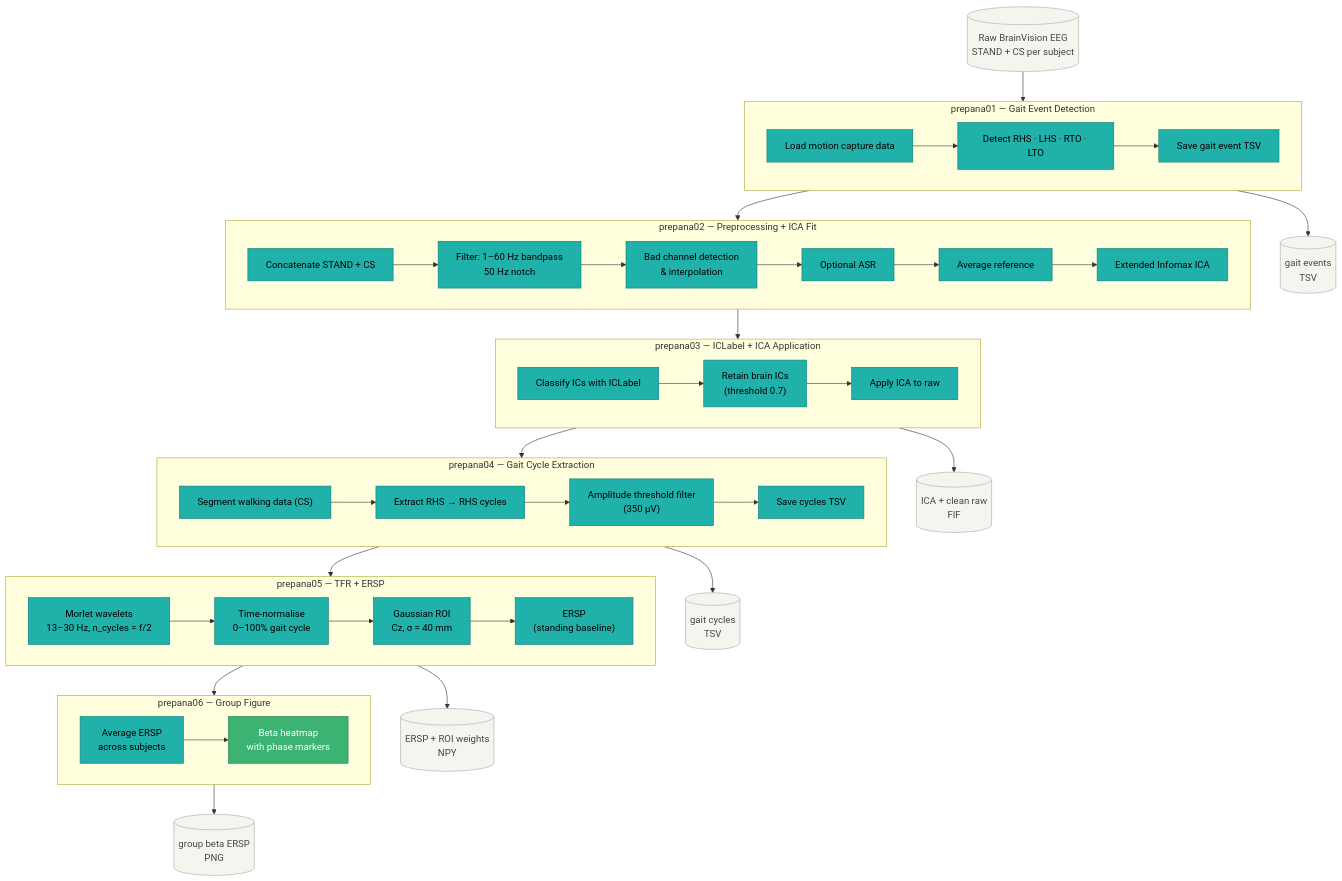
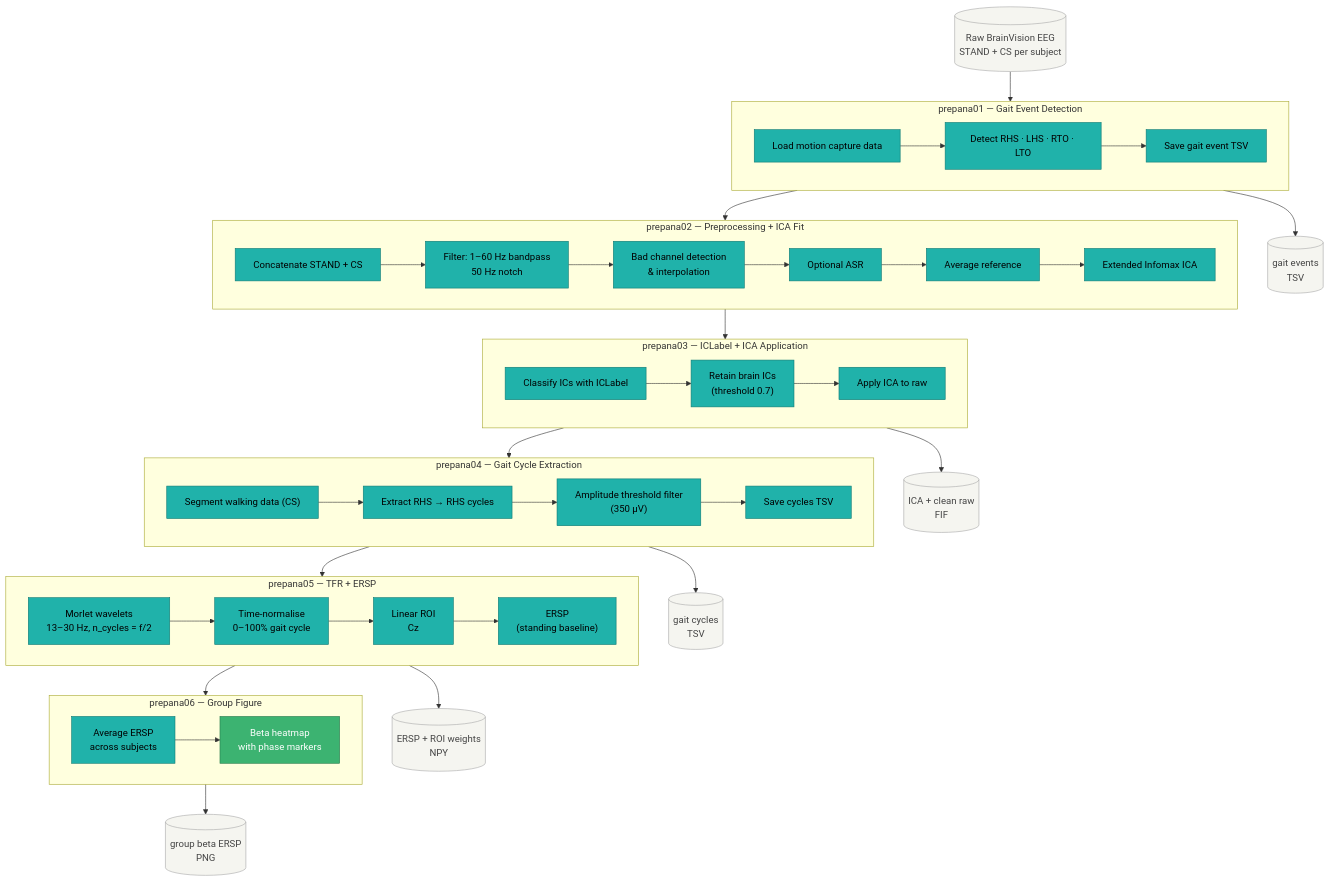
Before and after one commit to vaishvd/betaGaitMultiverse: the first of 2 diagrams in readme.md, drawn with Mermaid.

Commit message:
Change Gaussian ROI to Linear ROI in diagram

````diff
--- a/readme.md
+++ b/readme.md
@@ -119,69 +119,69 @@
 ```mermaid
 flowchart TD
 
 D0[(Raw BrainVision EEG\nSTAND + CS per subject)]:::store
 
 subgraph S1["prepana01 — Gait Event Detection"]
   A1["Load motion capture data"]:::step
   A2["Detect RHS · LHS · RTO · LTO"]:::step
   A3["Save gait event TSV"]:::step
   A1 --> A2 --> A3
 end
 
 subgraph S2["prepana02 — Preprocessing + ICA Fit"]
   B1["Concatenate STAND + CS"]:::step
   B2["Filter: 1–60 Hz bandpass\n50 Hz notch"]:::step
   B3["Bad channel detection\n& interpolation"]:::step
   B4["Optional ASR"]:::step
   B5["Average reference"]:::step
   B6["Extended Infomax ICA"]:::step
   B1 --> B2 --> B3 --> B4 --> B5 --> B6
 end
 
 subgraph S3["prepana03 — ICLabel + ICA Application"]
   C1["Classify ICs with ICLabel"]:::step
   C2["Retain brain ICs\n(threshold 0.7)"]:::step
   C3["Apply ICA to raw"]:::step
   C1 --> C2 --> C3
 end
 
 subgraph S4["prepana04 — Gait Cycle Extraction"]
   D1["Segment walking data (CS)"]:::step
   D2["Extract RHS → RHS cycles"]:::step
   D3["Amplitude threshold filter\n(350 µV)"]:::step
   D4["Save cycles TSV"]:::step
   D1 --> D2 --> D3 --> D4
 end
 
 subgraph S5["prepana05 — TFR + ERSP"]
   E1["Morlet wavelets\n13–30 Hz, n_cycles = f/2"]:::step
   E2["Time-normalise\n0–100% gait cycle"]:::step
-  E3["Gaussian ROI\nCz, σ = 40 mm"]:::step
+  E3["Linear ROI\nCz"]:::step
   E4["ERSP\n(standing baseline)"]:::step
   E1 --> E2 --> E3 --> E4
 end
 
 subgraph S6["prepana06 — Group Figure"]
   F1["Average ERSP\nacross subjects"]:::step
   F2["Beta heatmap\nwith phase markers"]:::out
   F1 --> F2
 end
 
 D0 --> S1 --> S2 --> S3 --> S4 --> S5 --> S6
 
 D1e[(gait events\nTSV)]:::store
 D2e[(ICA + clean raw\nFIF)]:::store
 D3e[(gait cycles\nTSV)]:::store
 D4e[(ERSP + ROI weights\nNPY)]:::store
 D5e[(group beta ERSP\nPNG)]:::store
 
 S1 --> D1e
 S3 --> D2e
 S4 --> D3e
 S5 --> D4e
 S6 --> D5e
 
 classDef step  fill:#20B2AA,stroke:#0e7a74,color:#000
 classDef out   fill:#3CB371,stroke:#277a4d,color:#fff
 classDef store fill:#f5f5f0,stroke:#aaa,color:#444
 ```
````
